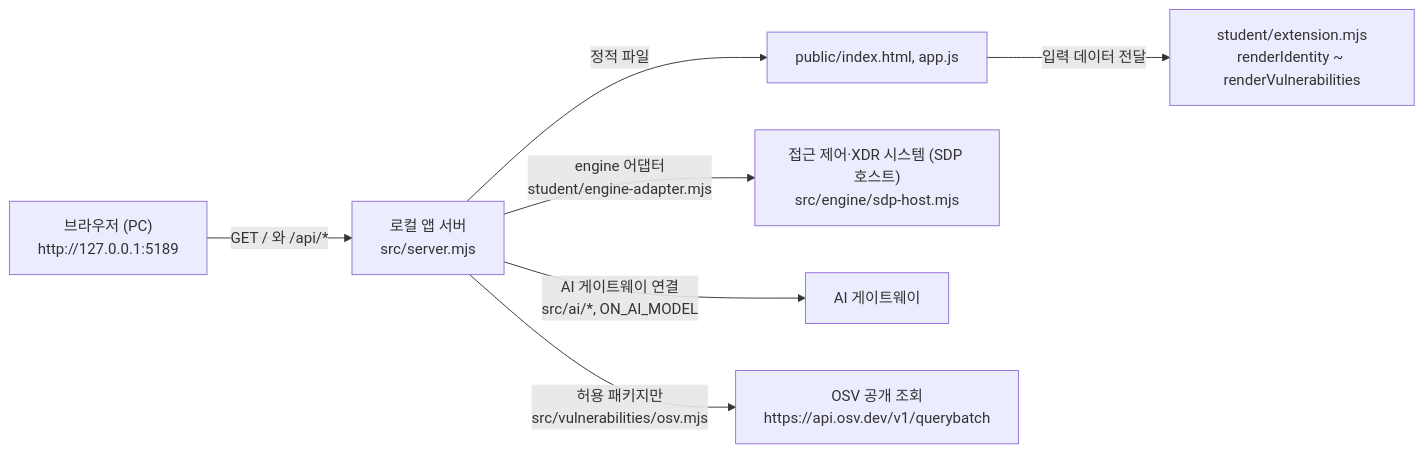
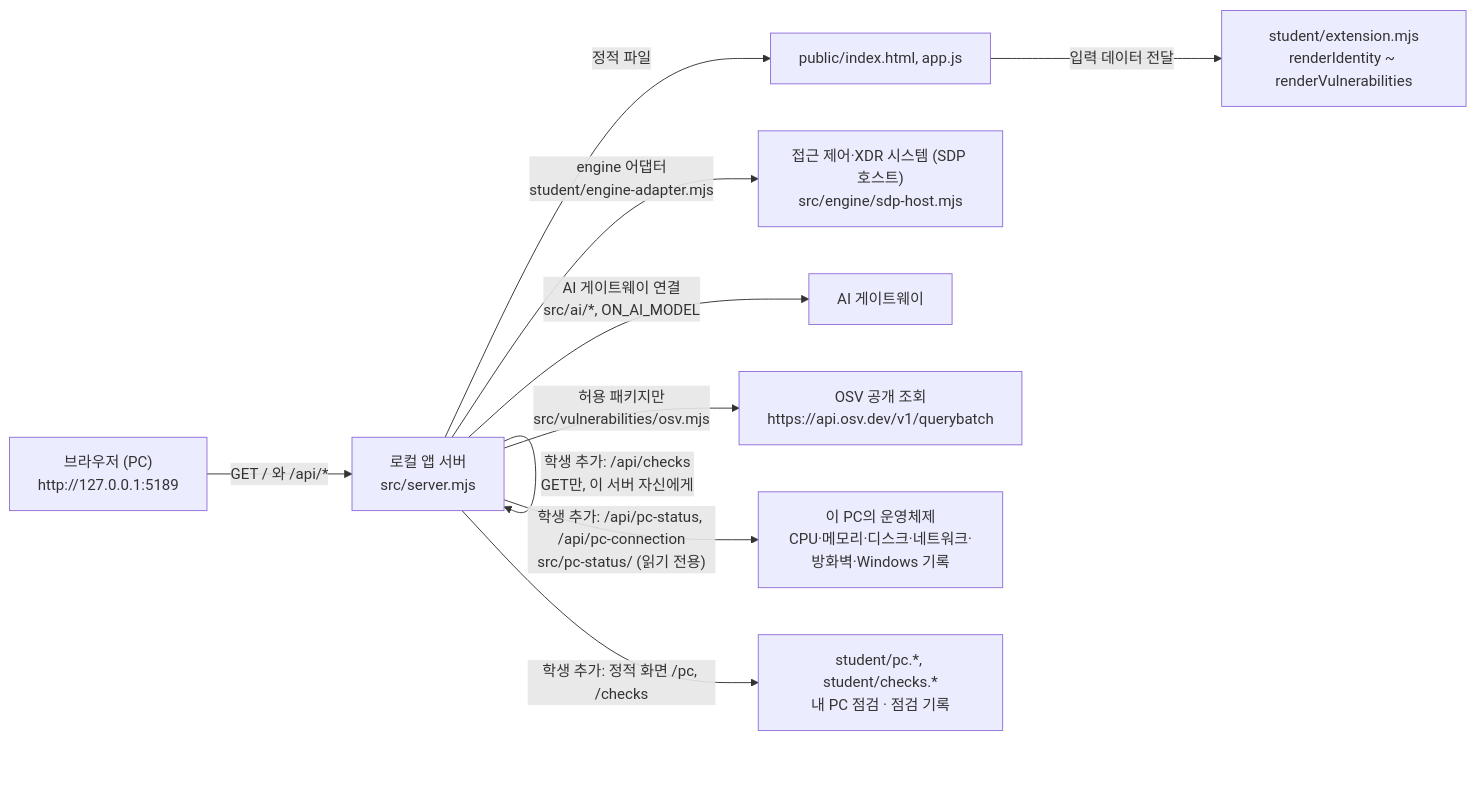
Before and after one commit to shk12170-dev/ALEPH-WORKBENCH_4flour: the diagram in docs/STUDENT_RUNBOOK.md, drawn with Mermaid. The commit also changed other lines of this file and 3 other files, not shown here.

````diff
--- a/docs/STUDENT_RUNBOOK.md
+++ b/docs/STUDENT_RUNBOOK.md
@@ -88,9 +88,12 @@
 ```mermaid
 flowchart LR
   B["브라우저 (PC)\nhttp://127.0.0.1:5189"] -->|"GET / 와 /api/*"| S["로컬 앱 서버\nsrc/server.mjs"]
   S -->|"정적 파일"| P["public/index.html, app.js"]
   P -->|"입력 데이터 전달"| X["student/extension.mjs\nrenderIdentity ~ renderVulnerabilities"]
   S -->|"engine 어댑터\nstudent/engine-adapter.mjs"| E["접근 제어·XDR 시스템 (SDP 호스트)\nsrc/engine/sdp-host.mjs"]
   S -->|"AI 게이트웨이 연결\nsrc/ai/*, ON_AI_MODEL"| G["AI 게이트웨이"]
   S -->|"허용 패키지만\nsrc/vulnerabilities/osv.mjs"| O["OSV 공개 조회\nhttps://api.osv.dev/v1/querybatch"]
+  S -->|"학생 추가: /api/pc-status, /api/pc-connection\nsrc/pc-status/ (읽기 전용)"| L["이 PC의 운영체제\nCPU·메모리·디스크·네트워크·방화벽·Windows 기록"]
+  S -->|"학생 추가: 정적 화면 /pc, /checks"| W["student/pc.*, student/checks.*\n내 PC 점검 · 점검 기록"]
+  S -->|"학생 추가: /api/checks\nGET만, 이 서버 자신에게"| S
 ```
````
